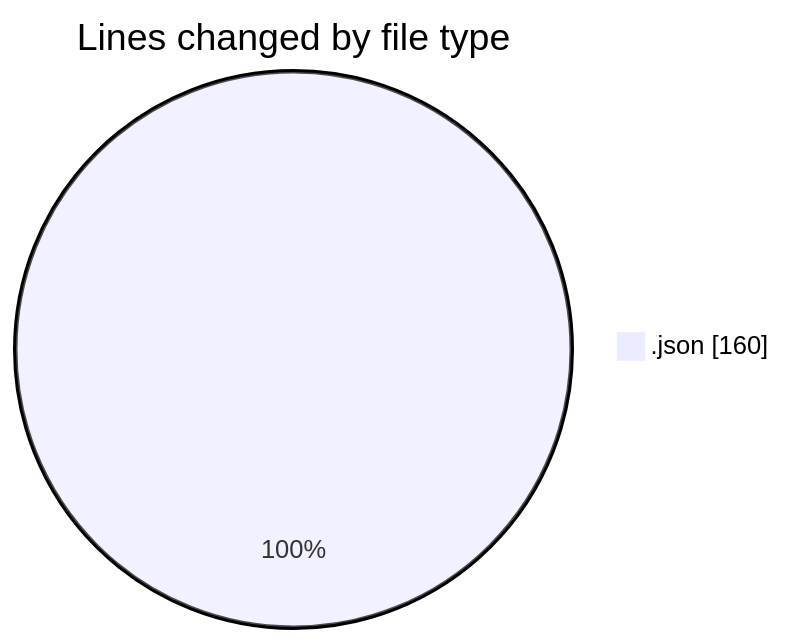
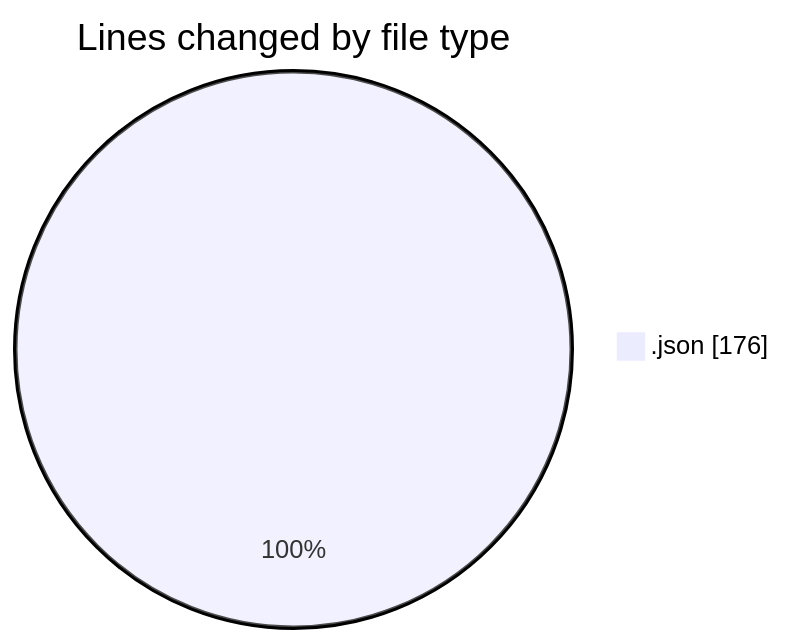
Before and after one commit to EIIisD/code-tracking: the first of 2 diagrams in 2025-07-29/refunds/README.md, drawn with Mermaid. The commit also changed other lines of this file and 1 other file, not shown here.

````diff
--- a/2025-07-29/refunds/README.md
+++ b/2025-07-29/refunds/README.md
@@ -20,5 +20,5 @@
 ```mermaid
 pie showData
 title Lines changed by file type
-".json" : 160
+".json" : 176
 ```
````
